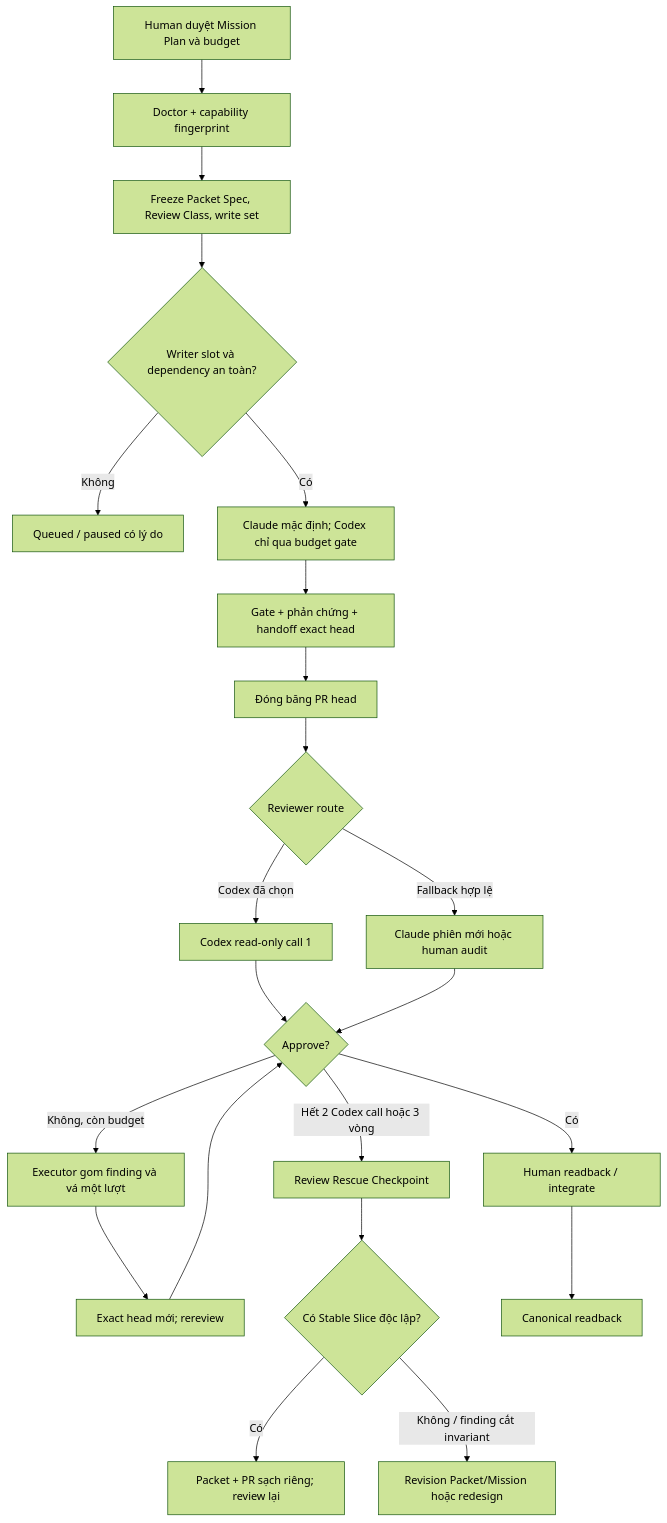
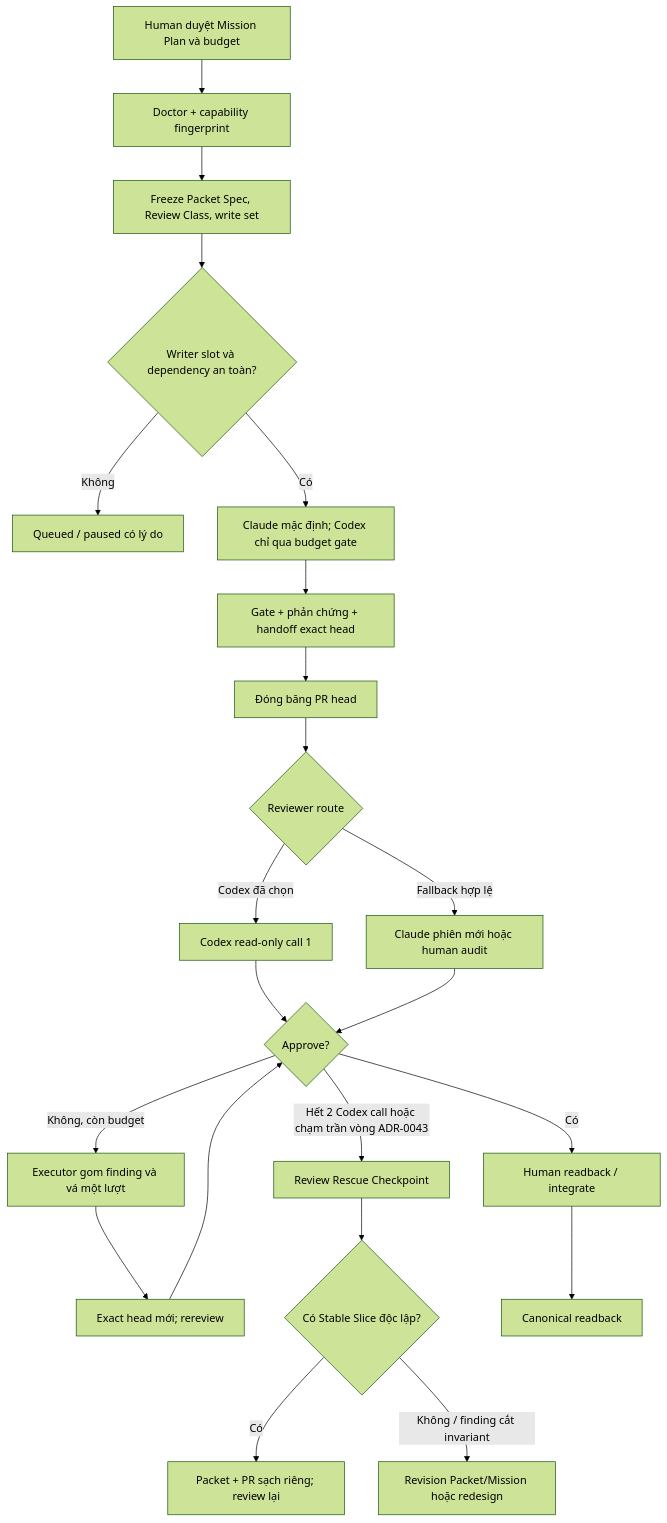
Before and after one commit to ducthangho/tra-luat: the diagram in ops/KE_HOACH_THI_CONG_CLAUDE_CODEX.md, drawn with Mermaid (forest theme). The commit also changed 4 other files, not shown here.

First line of the commit message:
thi hành ADR-0043 (3/4): ba tài liệu thôi mang con số vòng riêng

````diff
--- a/ops/KE_HOACH_THI_CONG_CLAUDE_CODEX.md
+++ b/ops/KE_HOACH_THI_CONG_CLAUDE_CODEX.md
@@ -138,24 +138,24 @@
 ```mermaid
 flowchart TD
     A["Human duyệt Mission Plan và budget"] --> B["Doctor + capability fingerprint"]
     B --> C["Freeze Packet Spec, Review Class, write set"]
     C --> D{"Writer slot và dependency an toàn?"}
     D -- "Không" --> Q["Queued / paused có lý do"]
     D -- "Có" --> E["Claude mặc định; Codex chỉ qua budget gate"]
     E --> F["Gate + phản chứng + handoff exact head"]
     F --> G["Đóng băng PR head"]
     G --> H{"Reviewer route"}
     H -- "Codex đã chọn" --> I["Codex read-only call 1"]
     H -- "Fallback hợp lệ" --> J["Claude phiên mới hoặc human audit"]
     I --> K{"Approve?"}
     J --> K
     K -- "Có" --> L["Human readback / integrate"]
     K -- "Không, còn budget" --> M["Executor gom finding và vá một lượt"]
     M --> N["Exact head mới; rereview"]
     N --> K
-    K -- "Hết 2 Codex call hoặc 3 vòng" --> R["Review Rescue Checkpoint"]
+    K -- "Hết 2 Codex call hoặc chạm trần vòng ADR-0043" --> R["Review Rescue Checkpoint"]
     R --> S{"Có Stable Slice độc lập?"}
     S -- "Có" --> T["Packet + PR sạch riêng; review lại"]
     S -- "Không / finding cắt invariant" --> U["Revision Packet/Mission hoặc redesign"]
     L --> V["Canonical readback"]
 ```
````
